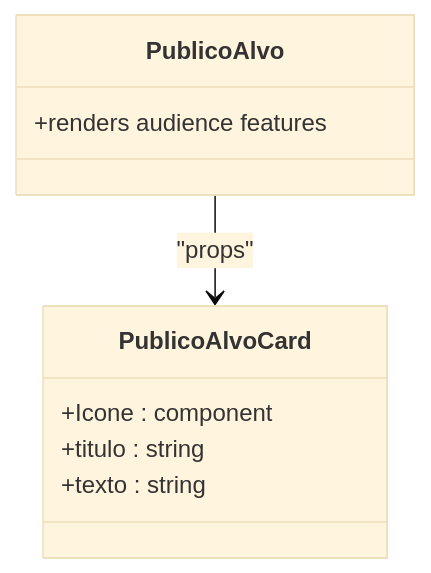
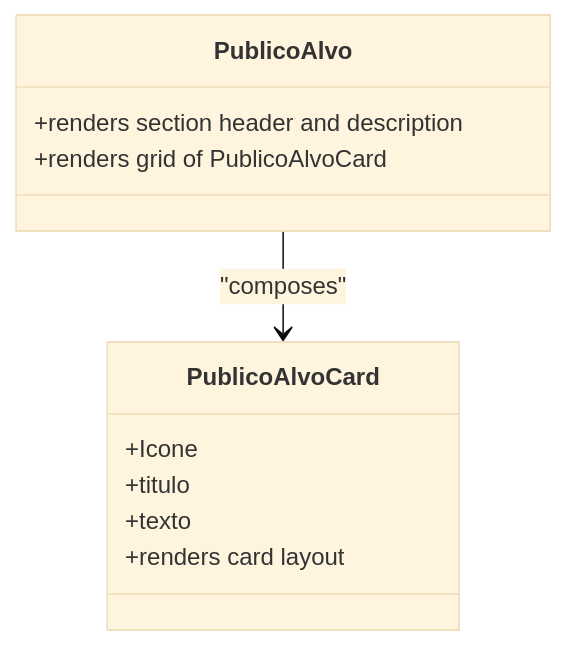
The seventh of 12 diagrams in .qoder/repowiki/en/content/Component Architecture/Component Architecture.md (isadorabassoasseiro-boop/OptiCode), drawn with Mermaid (base theme) before and after one commit. The commit also changed other lines of this file and 35 other files, not shown here.

````diff
--- a/.qoder/repowiki/en/content/Component Architecture/Component Architecture.md
+++ b/.qoder/repowiki/en/content/Component Architecture/Component Architecture.md
@@ -263,12 +270,14 @@
 ```mermaid
 classDiagram
 class PublicoAlvo {
-+renders audience features
++renders section header and description
++renders grid of PublicoAlvoCard
 }
 class PublicoAlvoCard {
-+Icone : component
-+titulo : string
-+texto : string
++Icone
++titulo
++texto
++renders card layout
 }
-PublicoAlvo --> PublicoAlvoCard : "props"
+PublicoAlvo --> PublicoAlvoCard : "composes"
 ```
````
